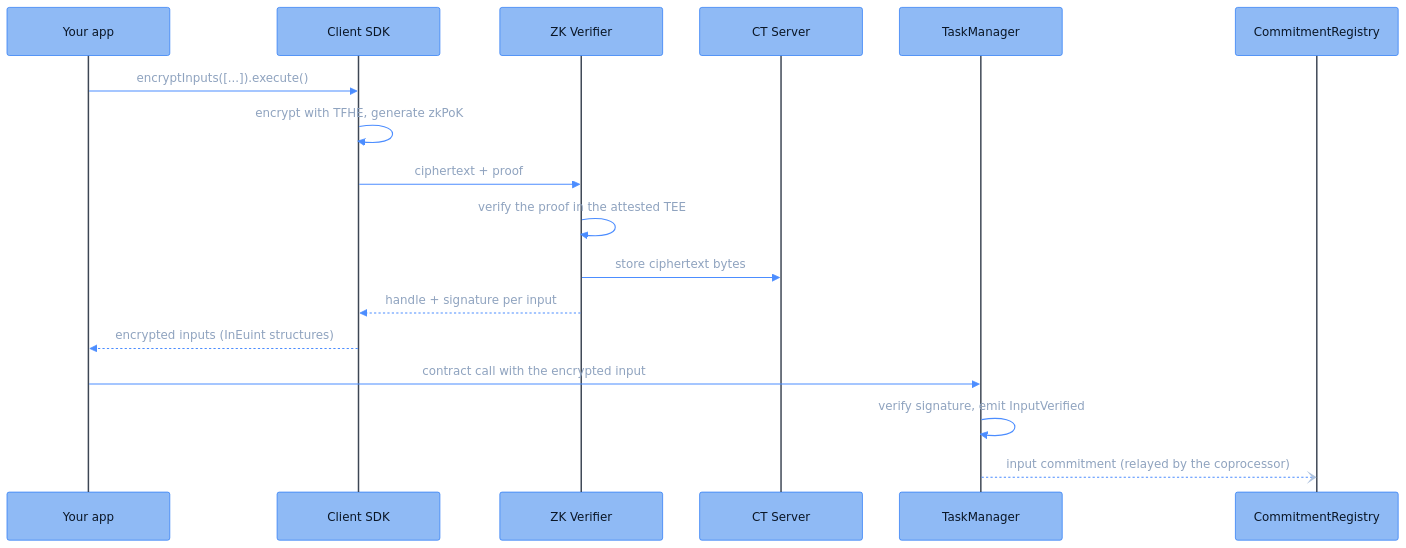
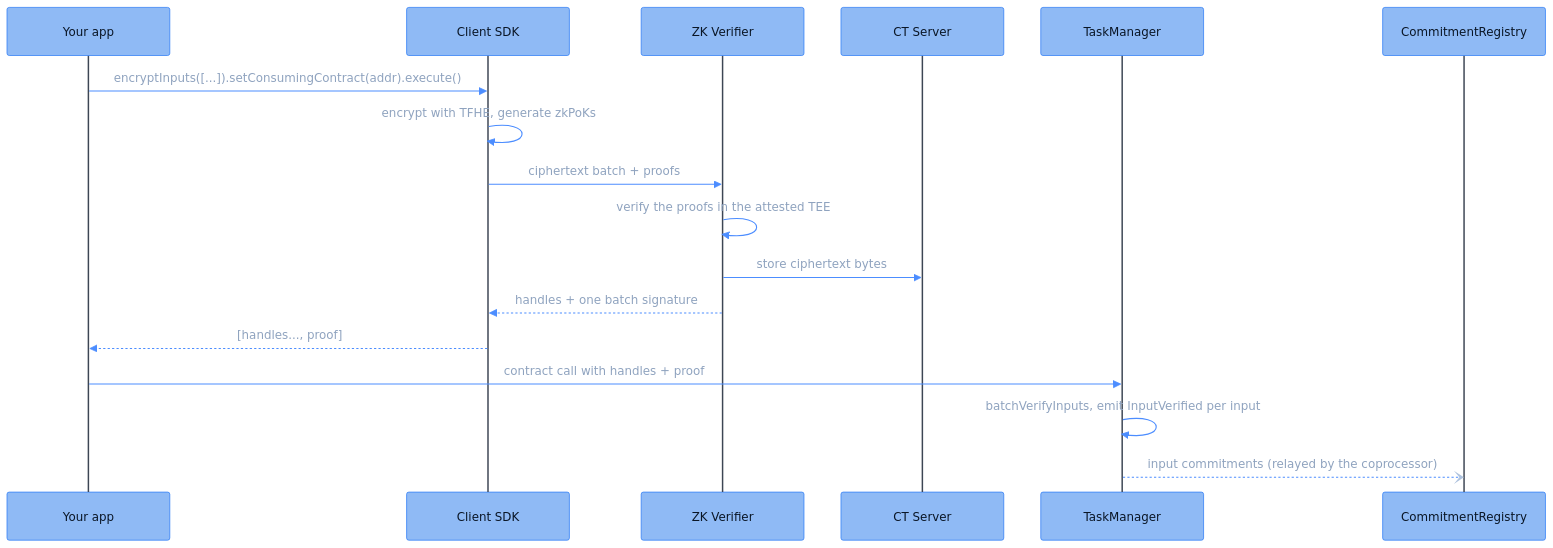
Before and after one commit to FhenixProtocol/fhenix-developer-docs: the diagram in deep-dive/data-flows/encryption-request-flow.mdx, drawn with Mermaid. The commit also changed other lines of this file and 1 other file, not shown here.

Commit message:
[DOCS] deep-dive/encryption-request-flow: batch input verification with contract-bound proof (ACP upgrade)

````diff
--- a/deep-dive/data-flows/encryption-request-flow.mdx
+++ b/deep-dive/data-flows/encryption-request-flow.mdx
@@ -20,21 +20,21 @@
 ```mermaid
 %%{init: {"theme": "base", "themeVariables": {"fontFamily": "Menlo, Monaco, Consolas, monospace", "fontSize": "16px", "primaryColor": "#8FBAF5", "primaryBorderColor": "#2E7CF6", "primaryTextColor": "#0A1626", "lineColor": "#4C8DFF", "signalColor": "#4C8DFF", "signalTextColor": "#8FA3BF", "actorBkg": "#8FBAF5", "actorBorder": "#2E7CF6", "actorTextColor": "#0A1626", "actorLineColor": "#3D4654", "noteBkgColor": "#14171C", "noteBorderColor": "#3D4654", "noteTextColor": "#AFC3DE", "activationBkgColor": "#1E3A5F", "activationBorderColor": "#4C8DFF", "clusterBkg": "#14171C", "clusterBorder": "#3D4654", "titleColor": "#E7EAEE", "edgeLabelBackground": "#8FBAF5", "textColor": "#AFC3DE", "labelTextColor": "#E7EAEE", "tertiaryColor": "#14171C", "loopTextColor": "#AFC3DE", "labelBoxBkgColor": "#1E3A5F", "labelBoxBorderColor": "#4C8DFF"}, "sequence": {"actorFontFamily": "Menlo, Monaco, Consolas, monospace", "messageFontFamily": "Menlo, Monaco, Consolas, monospace", "noteFontFamily": "Menlo, Monaco, Consolas, monospace", "width": 220, "actorFontSize": 16, "messageFontSize": 16, "noteFontSize": 15}}}%%
 sequenceDiagram
     participant App as Your app
     participant SDK as Client SDK
     participant ZK as ZK Verifier
     participant CTS as CT Server
     participant TM as TaskManager
     participant CR as CommitmentRegistry
 
-    App->>SDK: encryptInputs([...]).execute()
-    SDK->>SDK: encrypt with TFHE, generate zkPoK
-    SDK->>ZK: ciphertext + proof
-    ZK->>ZK: verify the proof in the attested TEE
+    App->>SDK: encryptInputs([...]).setConsumingContract(addr).execute()
+    SDK->>SDK: encrypt with TFHE, generate zkPoKs
+    SDK->>ZK: ciphertext batch + proofs
+    ZK->>ZK: verify the proofs in the attested TEE
     ZK->>CTS: store ciphertext bytes
-    ZK-->>SDK: handle + signature per input
-    SDK-->>App: encrypted inputs (InEuint structures)
-    App->>TM: contract call with the encrypted input
-    TM->>TM: verify signature, emit InputVerified
-    TM--)CR: input commitment (relayed by the coprocessor)
+    ZK-->>SDK: handles + one batch signature
+    SDK-->>App: [handles..., proof]
+    App->>TM: contract call with handles + proof
+    TM->>TM: batchVerifyInputs, emit InputVerified per input
+    TM--)CR: input commitments (relayed by the coprocessor)
 ```
````
